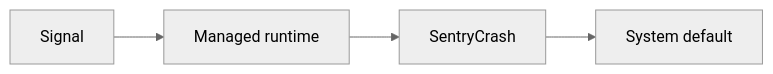
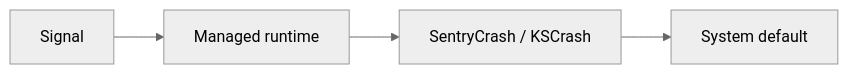
Before and after one commit to getsentry/sentry-cocoa: the third of 3 diagrams in develop-docs/SENTRYCRASH.md, drawn with Mermaid (neutral theme). The commit also changed other lines of this file and 29 other files, not shown here.

Commit message:
fix: migrate managed signal lifecycle to v10

````diff
--- a/develop-docs/SENTRYCRASH.md
+++ b/develop-docs/SENTRYCRASH.md
@@ -448,4 +448,4 @@
 ```mermaid
 flowchart LR
-  Signal --> Runtime["Managed runtime"] --> SentryCrash --> System["System default"]
+  Signal --> Runtime["Managed runtime"] --> Reporter["SentryCrash / KSCrash"] --> System["System default"]
 ```
````
